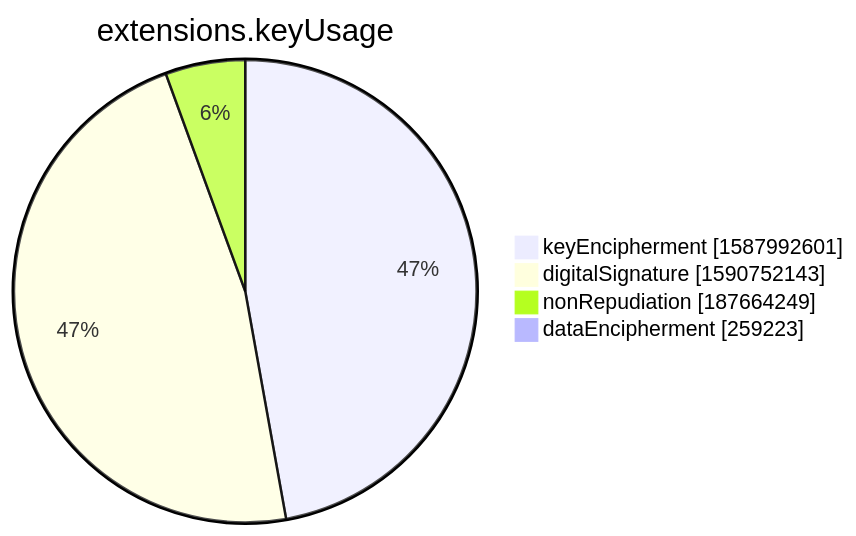
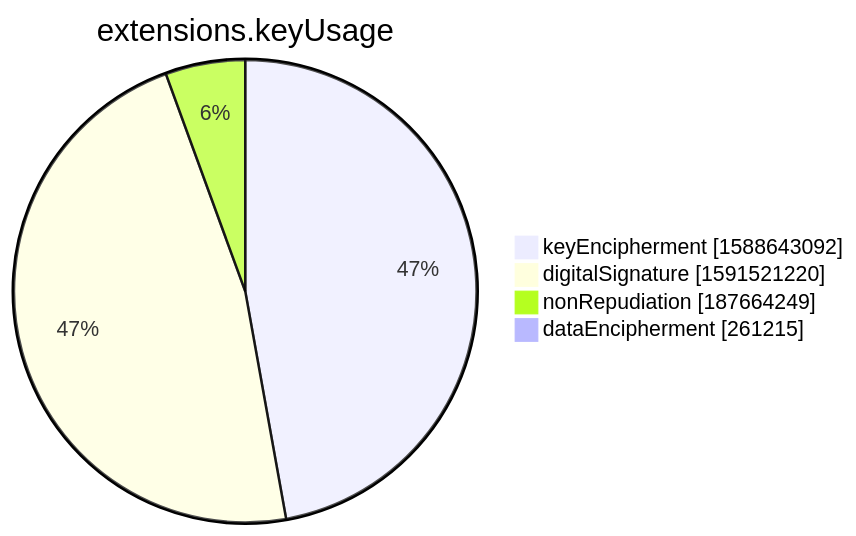
One commit to christiankrug/ctmonitor_visualization changed the seventh of 15 diagrams in xenon2022/README.md. Above: the diagram before and after it, drawn with Mermaid. The commit also changed other lines of this file, not shown here.

````diff
--- a/xenon2022/README.md
+++ b/xenon2022/README.md
@@ -2854,8 +2854,8 @@
 ```mermaid
 pie showData
 title extensions.keyUsage
-"keyEncipherment" :1587992601
-"digitalSignature" :1590752143
+"keyEncipherment" :1588643092
+"digitalSignature" :1591521220
 "nonRepudiation" :187664249
-"dataEncipherment" :259223
+"dataEncipherment" :261215
 ```
````
